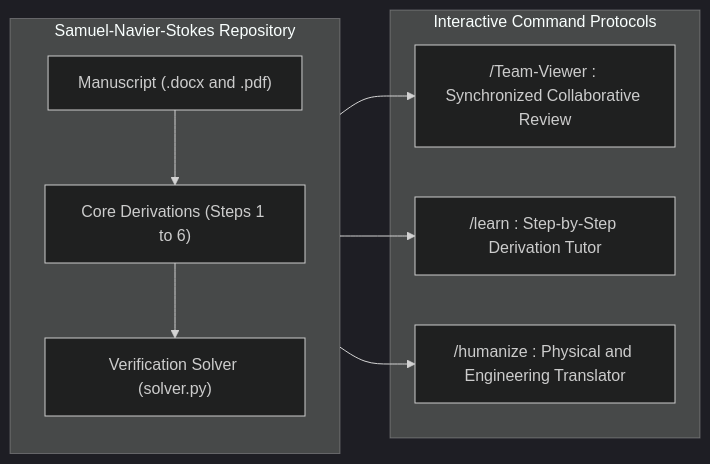
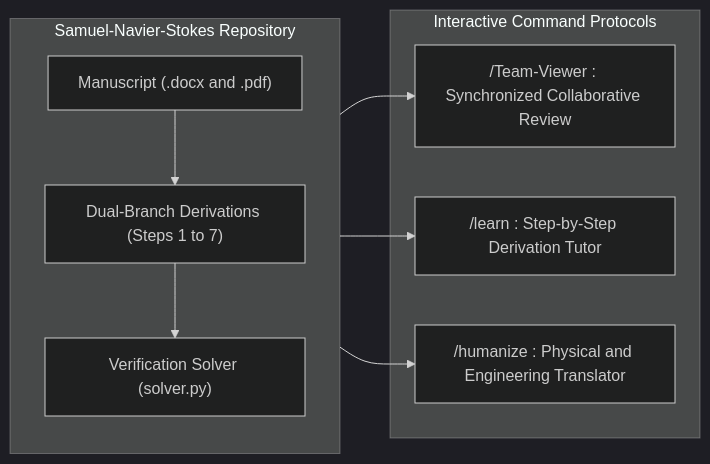
One commit to SamuelPurba/Samuel-Navier-Stocks-Equation-Solution changed the second of 3 diagrams in README.md. Above: the diagram before and after it, drawn with Mermaid (dark theme). The commit also changed other lines of this file, not shown here.

````diff
--- a/README.md
+++ b/README.md
@@ -454,20 +521,20 @@
 ```mermaid
 flowchart LR
     subgraph Repo["Samuel-Navier-Stokes Repository"]
         M1["Manuscript (.docx and .pdf)"]
-        M2["Core Derivations (Steps 1 to 6)"]
+        M2["Dual-Branch Derivations (Steps 1 to 7)"]
         M3["Verification Solver (solver.py)"]
         M1 --> M2
         M2 --> M3
     end
 
     subgraph Commands["Interactive Command Protocols"]
         C1["/Team-Viewer : Synchronized Collaborative Review"]
         C2["/learn : Step-by-Step Derivation Tutor"]
         C3["/humanize : Physical and Engineering Translator"]
     end
 
     Repo --> C1
     Repo --> C2
     Repo --> C3
 ```
````
